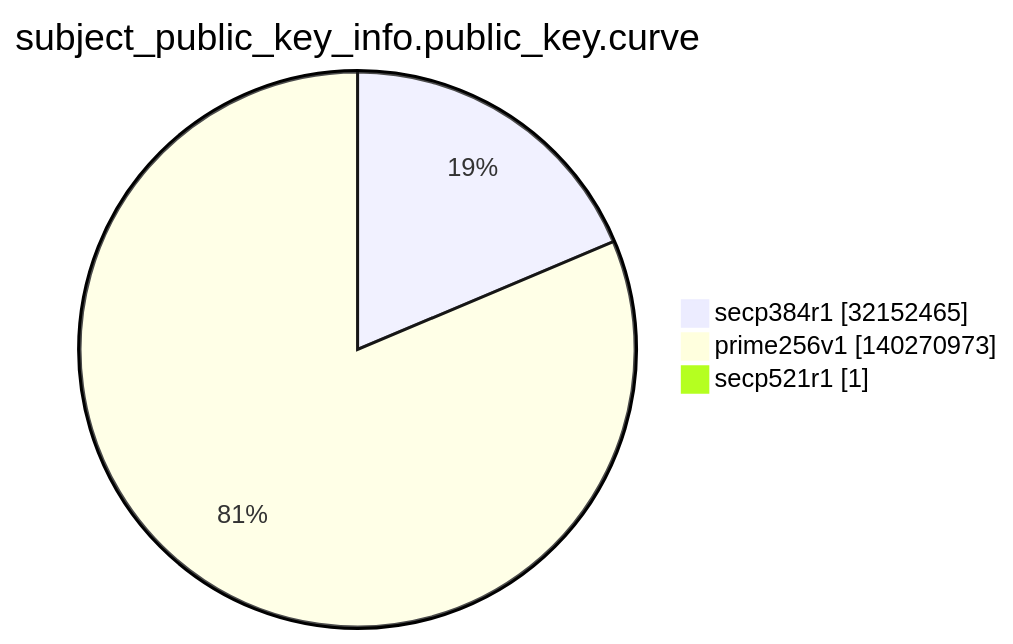
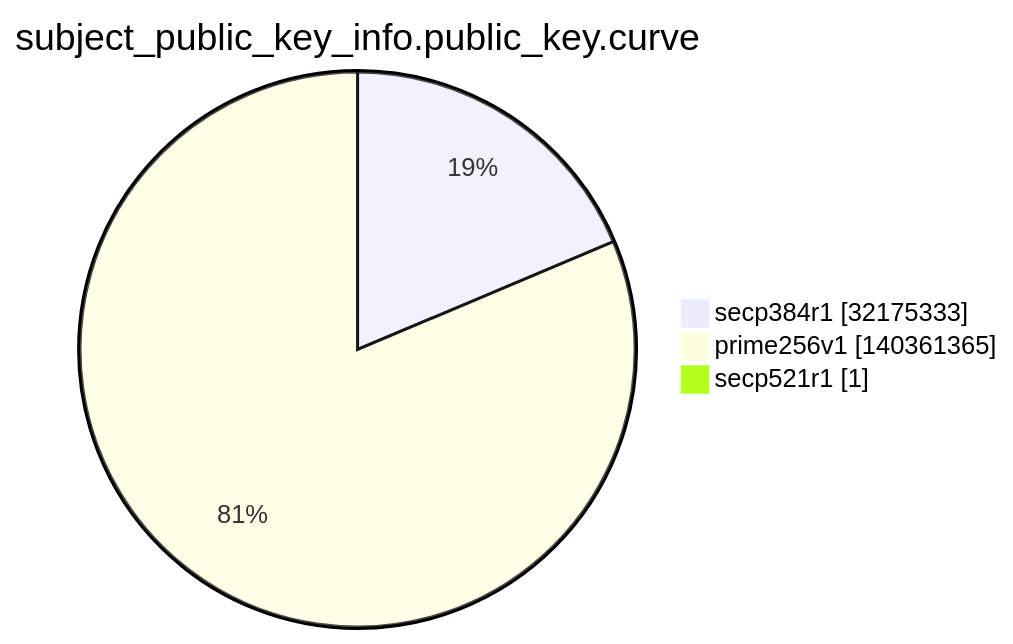
The ninth of 15 diagrams in argon2022/README.md (christiankrug/ctmonitor_visualization), drawn with Mermaid before and after one commit. The commit also changed other lines of this file, not shown here.

````diff
--- a/argon2022/README.md
+++ b/argon2022/README.md
@@ -2762,7 +2762,7 @@
 ```mermaid
 pie showData
 title subject_public_key_info.public_key.curve
-"secp384r1" :32152465
-"prime256v1" :140270973
+"secp384r1" :32175333
+"prime256v1" :140361365
 "secp521r1" :1
 ```
````
